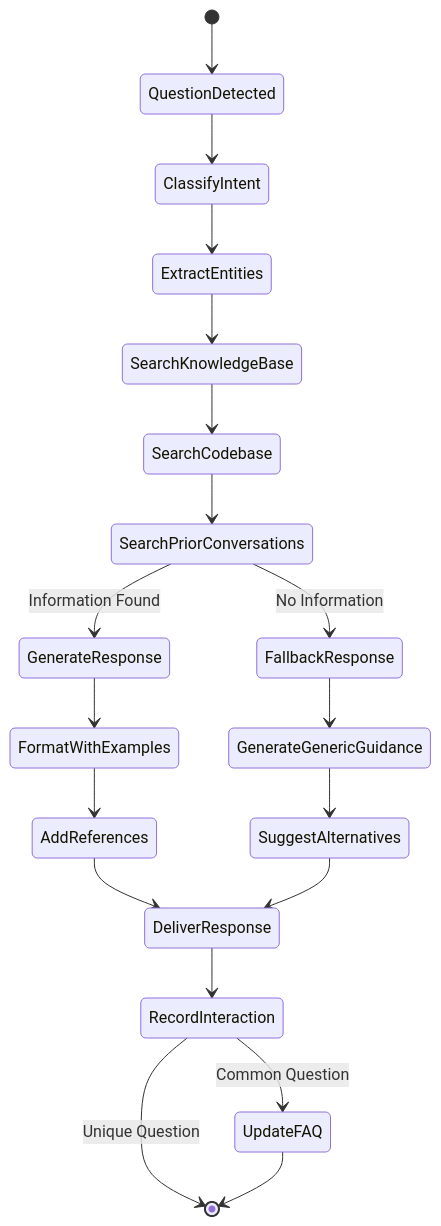
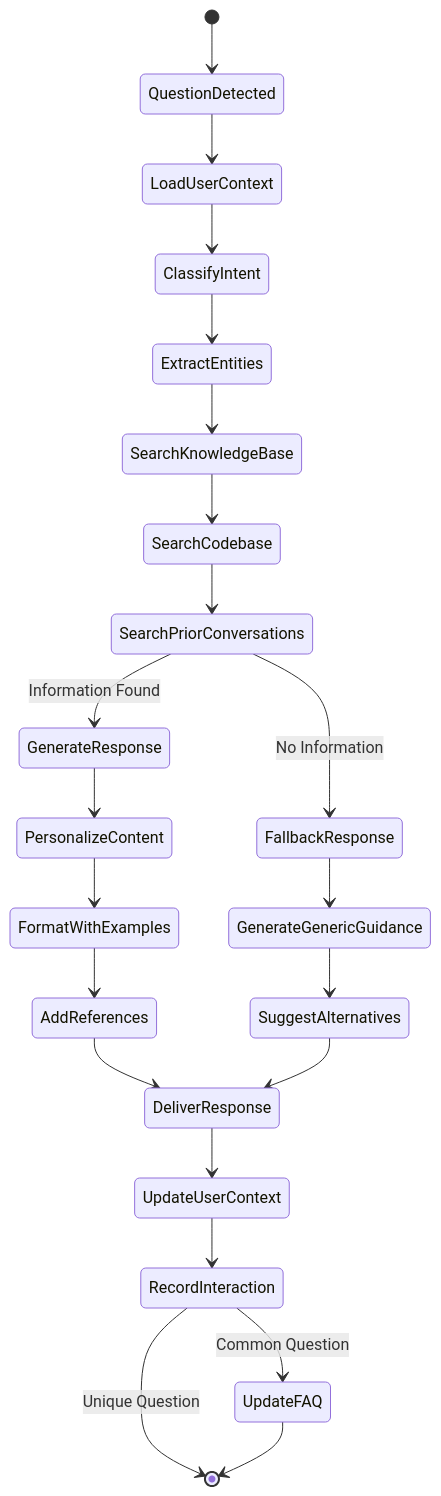
Before and after one commit to smokeyScraper/Devr.AI: the tenth of 12 diagrams in README.md, drawn with Mermaid. The commit also changed other lines of this file and 4 other files, not shown here.

Commit message:
update architecture and landing page

````diff
--- a/README.md
+++ b/README.md
@@ -588,28 +1000,31 @@
 ```mermaid
 stateDiagram-v2
     [*] --> QuestionDetected
-    
-    QuestionDetected --> ClassifyIntent
+
+    QuestionDetected --> LoadUserContext
+    LoadUserContext --> ClassifyIntent
     ClassifyIntent --> ExtractEntities
-    
+
     ExtractEntities --> SearchKnowledgeBase
     SearchKnowledgeBase --> SearchCodebase
     SearchCodebase --> SearchPriorConversations
-    
+
     SearchPriorConversations --> GenerateResponse: Information Found
     SearchPriorConversations --> FallbackResponse: No Information
-    
-    GenerateResponse --> FormatWithExamples
+
+    GenerateResponse --> PersonalizeContent
+    PersonalizeContent --> FormatWithExamples
     FormatWithExamples --> AddReferences
     AddReferences --> DeliverResponse
-    
+
     FallbackResponse --> GenerateGenericGuidance
     GenerateGenericGuidance --> SuggestAlternatives
     SuggestAlternatives --> DeliverResponse
-    
-    DeliverResponse --> RecordInteraction
+
+    DeliverResponse --> UpdateUserContext
+    UpdateUserContext --> RecordInteraction
     RecordInteraction --> UpdateFAQ: Common Question
     RecordInteraction --> [*]: Unique Question
-    
+
     UpdateFAQ --> [*]
 ```
````
